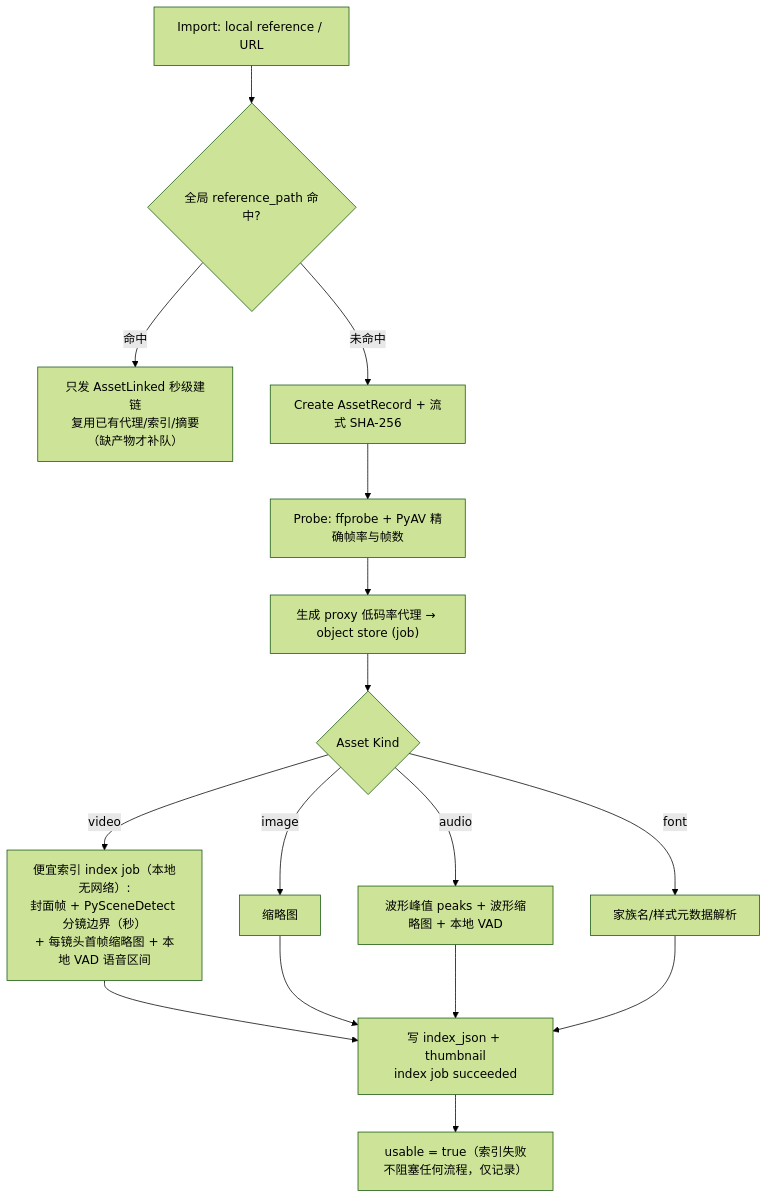
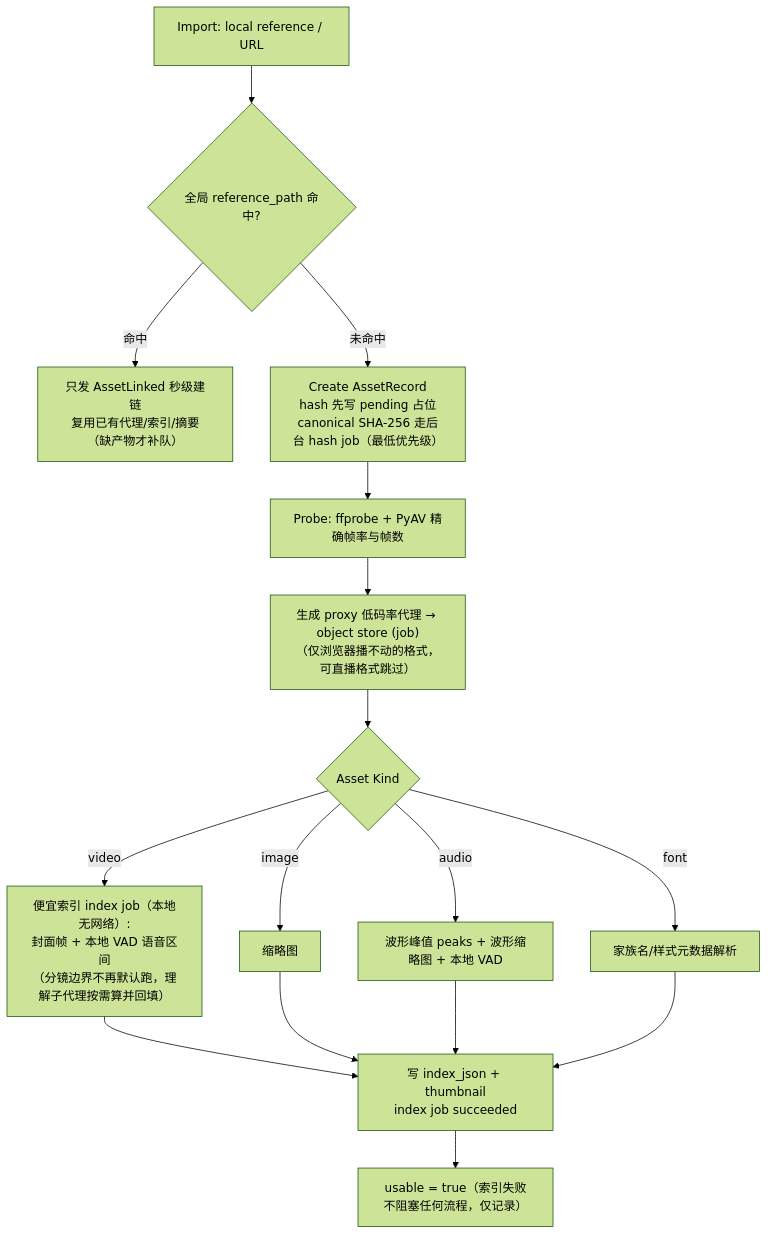
Diagram 15 of 23 in PRD.md (nanzhi84/Rushes), drawn with Mermaid (forest theme) before and after one commit. The commit also changed other lines of this file and 42 other files, not shown here.

````diff
--- a/PRD.md
+++ b/PRD.md
@@ -1340,18 +1343,18 @@
 ```mermaid
 flowchart TB
   A["Import: local reference / URL"] --> B0{"全局 reference_path 命中?"}
   B0 -->|命中| BL["只发 AssetLinked 秒级建链<br/>复用已有代理/索引/摘要（缺产物才补队）"]
-  B0 -->|未命中| B["Create AssetRecord + 流式 SHA-256"]
+  B0 -->|未命中| B["Create AssetRecord<br/>hash 先写 pending 占位<br/>canonical SHA-256 走后台 hash job（最低优先级）"]
   B --> C["Probe: ffprobe + PyAV 精确帧率与帧数"]
-  C --> P["生成 proxy 低码率代理 → object store (job)"]
+  C --> P["生成 proxy 低码率代理 → object store (job)<br/>（仅浏览器播不动的格式，可直播格式跳过）"]
   P --> D{"Asset Kind"}
 
-  D -->|video| V1["便宜索引 index job（本地无网络）:<br/>封面帧 + PySceneDetect 分镜边界（秒）<br/>+ 每镜头首帧缩略图 + 本地 VAD 语音区间"]
+  D -->|video| V1["便宜索引 index job（本地无网络）:<br/>封面帧 + 本地 VAD 语音区间<br/>（分镜边界不再默认跑，理解子代理按需算并回填）"]
   V1 --> V6["写 index_json + thumbnail<br/>index job succeeded"]
 
   D -->|image| I1["缩略图"] --> V6
   D -->|audio| A1["波形峰值 peaks + 波形缩略图 + 本地 VAD"] --> V6
   D -->|font| F1["家族名/样式元数据解析"] --> V6
 
   V6 --> DONE["usable = true（索引失败不阻塞任何流程，仅记录）"]
 ```
````
